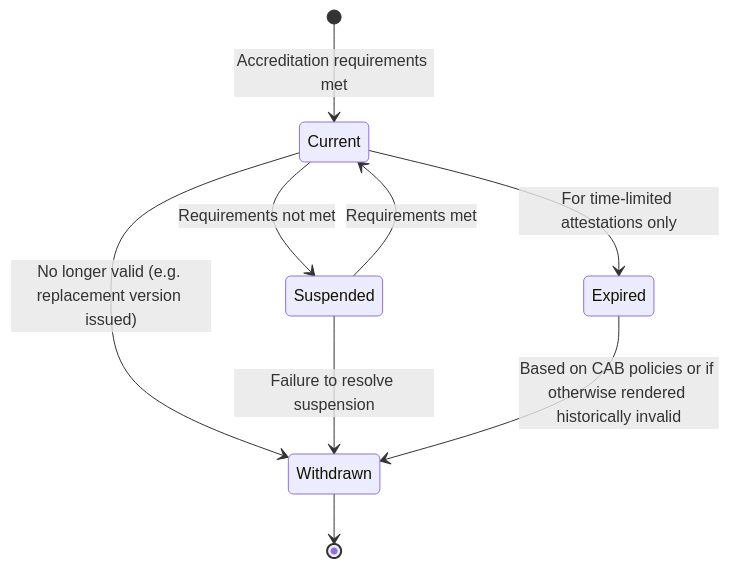
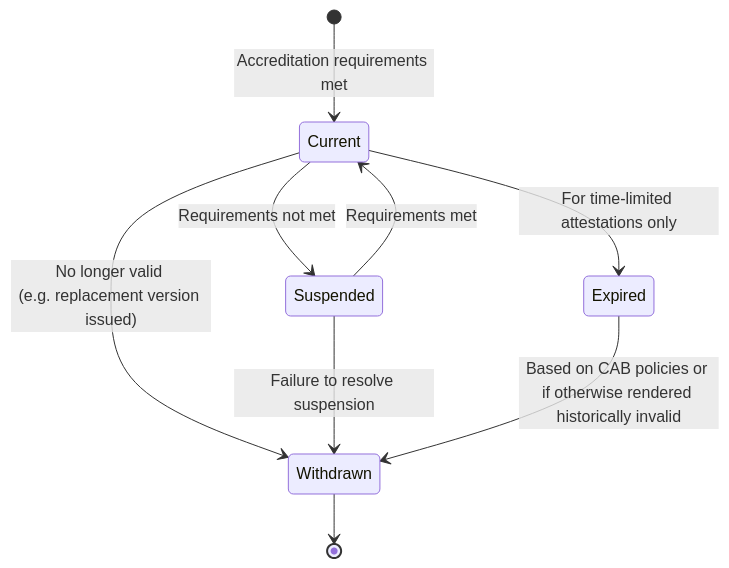
One commit to sezoo-digital/Verifiable-Credential-Papers changed the second of 3 diagrams in docs/lifeCycle.md. Above: the diagram before and after it, drawn with Mermaid.

````diff
--- a/docs/lifeCycle.md
+++ b/docs/lifeCycle.md
@@ -79,12 +79,12 @@
 ```mermaid
 stateDiagram
   direction TB
   [*] --> Current:Accreditation requirements met
   Current --> Suspended:Requirements not met
-  Current --> Withdrawn:No longer valid (e.g. replacement version issued)
+  Current --> Withdrawn:No longer valid <br/>(e.g. replacement version issued)
   Current --> Expired:For time-limited attestations only
   Suspended --> Current:Requirements met
   Suspended --> Withdrawn:Failure to resolve suspension
-  Expired --> Withdrawn:Based on CAB policies or if otherwise rendered historically invalid
+  Expired --> Withdrawn:Based on CAB policies or <br/>if otherwise rendered historically invalid
   Withdrawn --> [*]
 ```
````
